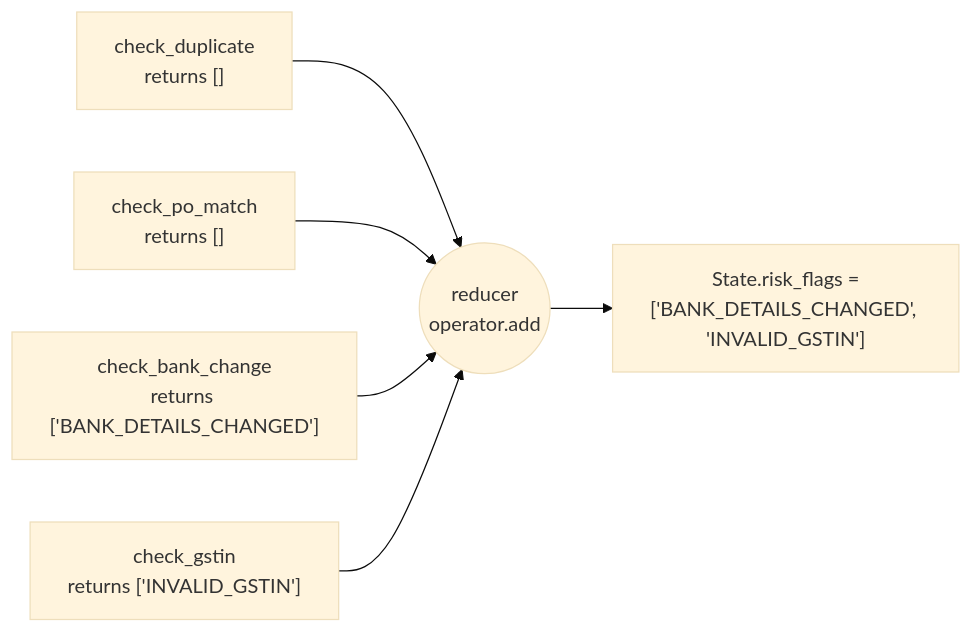
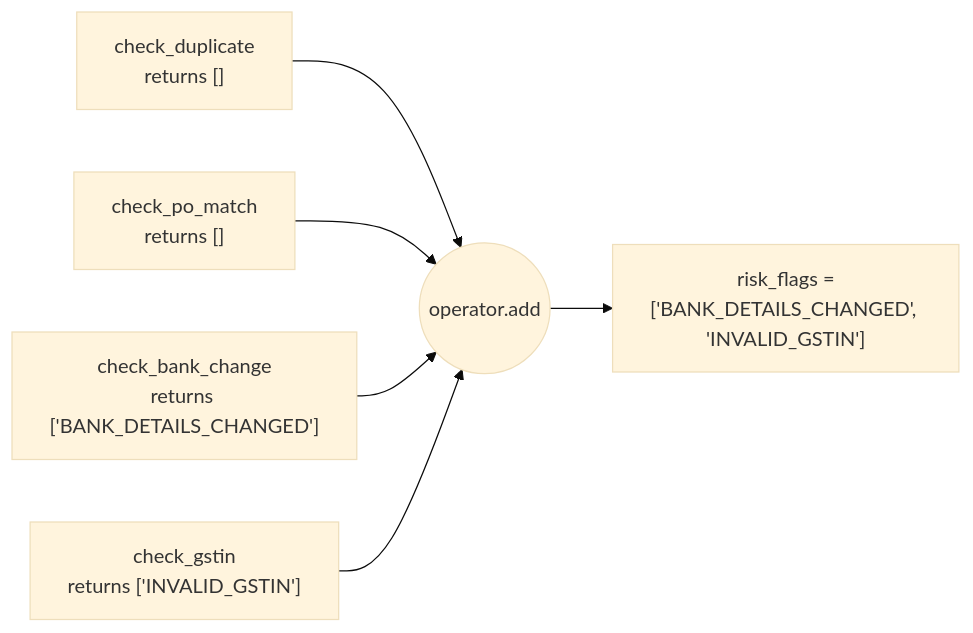
One commit to PreeyasTumulu/Vendor_Payment_Guard changed the second of 4 diagrams in README.md. Above: the diagram before and after it, drawn with Mermaid (base theme). The commit also changed other lines of this file, not shown here.

````diff
--- a/README.md
+++ b/README.md
@@ -115,8 +98,8 @@
 ```mermaid
 flowchart LR
-    A["check_duplicate<br/>returns []"] --> R(("reducer<br/>operator.add"))
+    A["check_duplicate<br/>returns []"] --> R(("operator.add"))
     B["check_po_match<br/>returns []"] --> R
     C["check_bank_change<br/>returns ['BANK_DETAILS_CHANGED']"] --> R
     D["check_gstin<br/>returns ['INVALID_GSTIN']"] --> R
-    R --> S["State.risk_flags =<br/>['BANK_DETAILS_CHANGED', 'INVALID_GSTIN']"]
+    R --> S["risk_flags =<br/>['BANK_DETAILS_CHANGED', 'INVALID_GSTIN']"]
 ```
````
